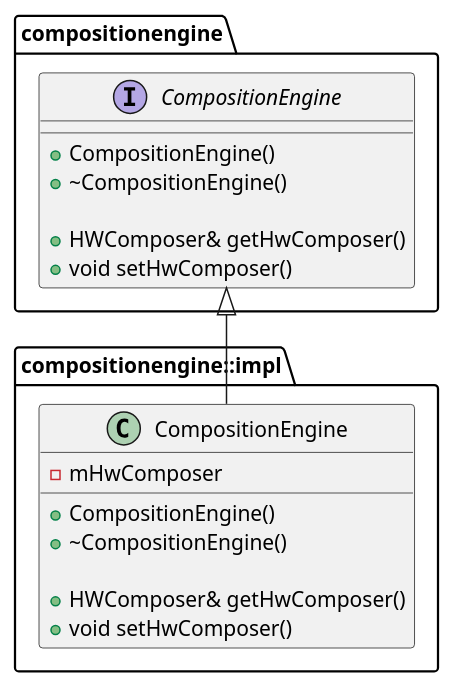
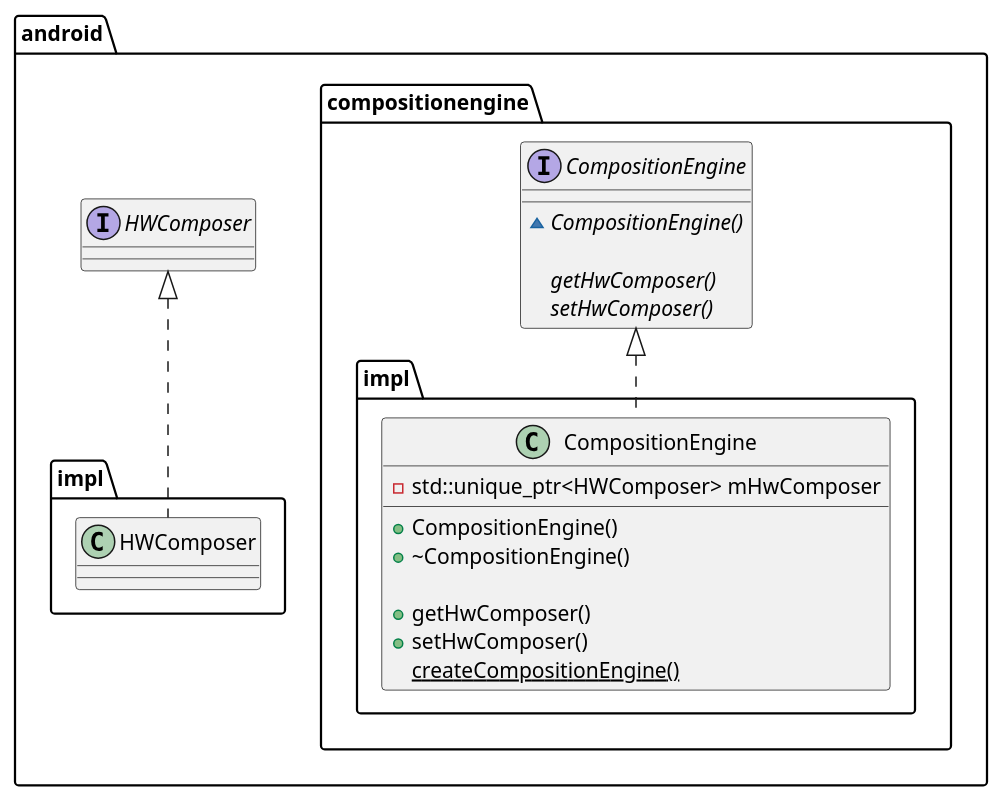
The second of 6 diagrams in UML/CompositionEngine.md (simowce/CompositionEngine), drawn with PlantUML before and after one commit. The commit also changed other lines of this file, not shown here.

````diff
--- a/UML/CompositionEngine.md
+++ b/UML/CompositionEngine.md
@@ -24,24 +26,33 @@
    ```plantuml
    @startuml
+   namespace android {
    namespace compositionengine {
        interface CompositionEngine {
+           {abstract} ~CompositionEngine()
+           
+           {abstract} getHwComposer()
+           {abstract} setHwComposer()
+       }
+       namespace impl {
+       class CompositionEngine {
+           - std::unique_ptr<HWComposer> mHwComposer
            + CompositionEngine()
            + ~CompositionEngine()
 
-           + HWComposer& getHwComposer()
-           + void setHwComposer()
+           + getHwComposer()
+           + setHwComposer()
+           {static} createCompositionEngine()
+       }
+       android.compositionengine.CompositionEngine <|.. CompositionEngine
        }
    }
-   namespace compositionengine::impl {
-       class CompositionEngine {
-           - mHwComposer
-           + CompositionEngine()
-           + ~CompositionEngine()
 
-           + HWComposer& getHwComposer()
-           + void setHwComposer()
-       }
-       compositionengine.CompositionEngine <|-- CompositionEngine
+   interface HWComposer {}
+
+   namespace impl {
+       class HWComposer {}
+       android.HWComposer <|.. HWComposer
+   }
    }
    @enduml
    ```
````
